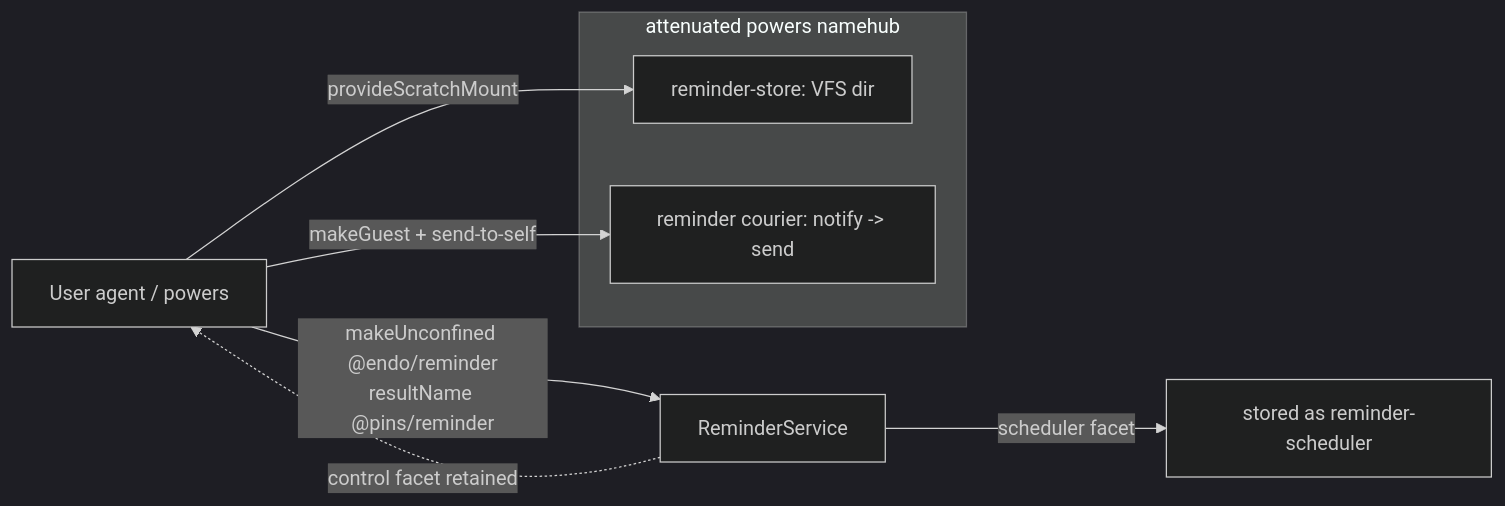
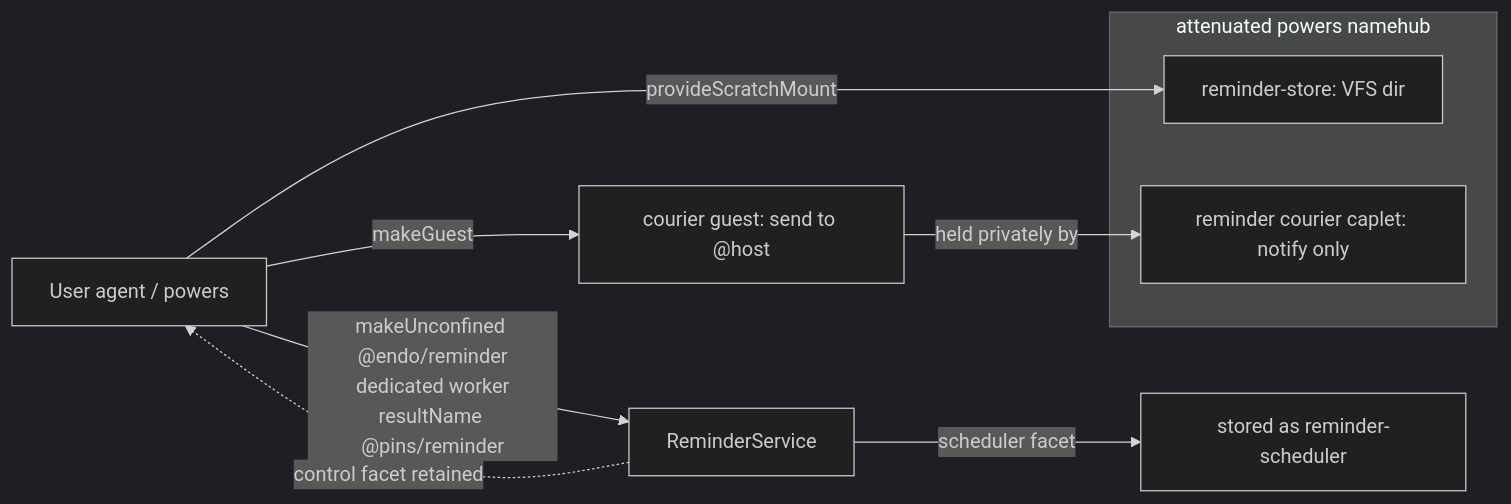
The second of 2 diagrams in designs/reminder-integration-chat.md (endojs/endo-but-for-bots), drawn with Mermaid (dark theme) before and after one commit. The commit also changed other lines of this file, not shown here.

First line of the commit message:
design(reminder-chat): apply panel-1 must-fix items

````diff
--- a/designs/reminder-integration-chat.md
+++ b/designs/reminder-integration-chat.md
@@ -140,13 +179,14 @@
 ```mermaid
 flowchart LR
     Agent[User agent / powers]
     Agent -->|provideScratchMount| Store[reminder-store: VFS dir]
-    Agent -->|makeGuest + send-to-self| Courier[reminder courier: notify -> send]
+    Agent -->|makeGuest| Guest[courier guest: send to @host]
+    Guest -->|held privately by| Courier[reminder courier caplet: notify only]
     subgraph powersName[attenuated powers namehub]
       Store
       Courier
     end
-    Agent -->|makeUnconfined @endo/reminder<br/>resultName @pins/reminder| Service[ReminderService]
-    Service -->|scheduler facet| Sched[stored as reminder-scheduler]
+    Agent -->|makeUnconfined @endo/reminder<br/>dedicated worker<br/>resultName @pins/reminder| Service[ReminderService]
+    Service -->|scheduler facet| Scheduler[stored as reminder-scheduler]
     Service -.control facet retained.-> Agent
 ```
````
